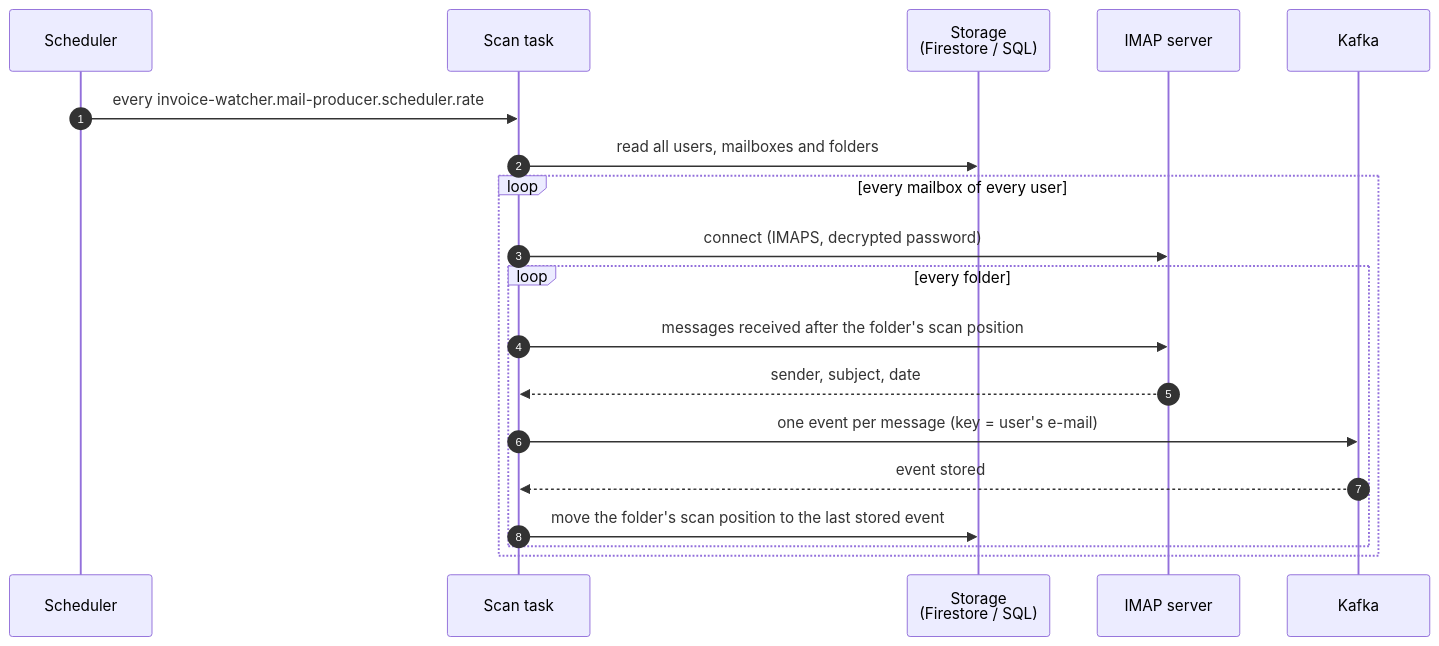
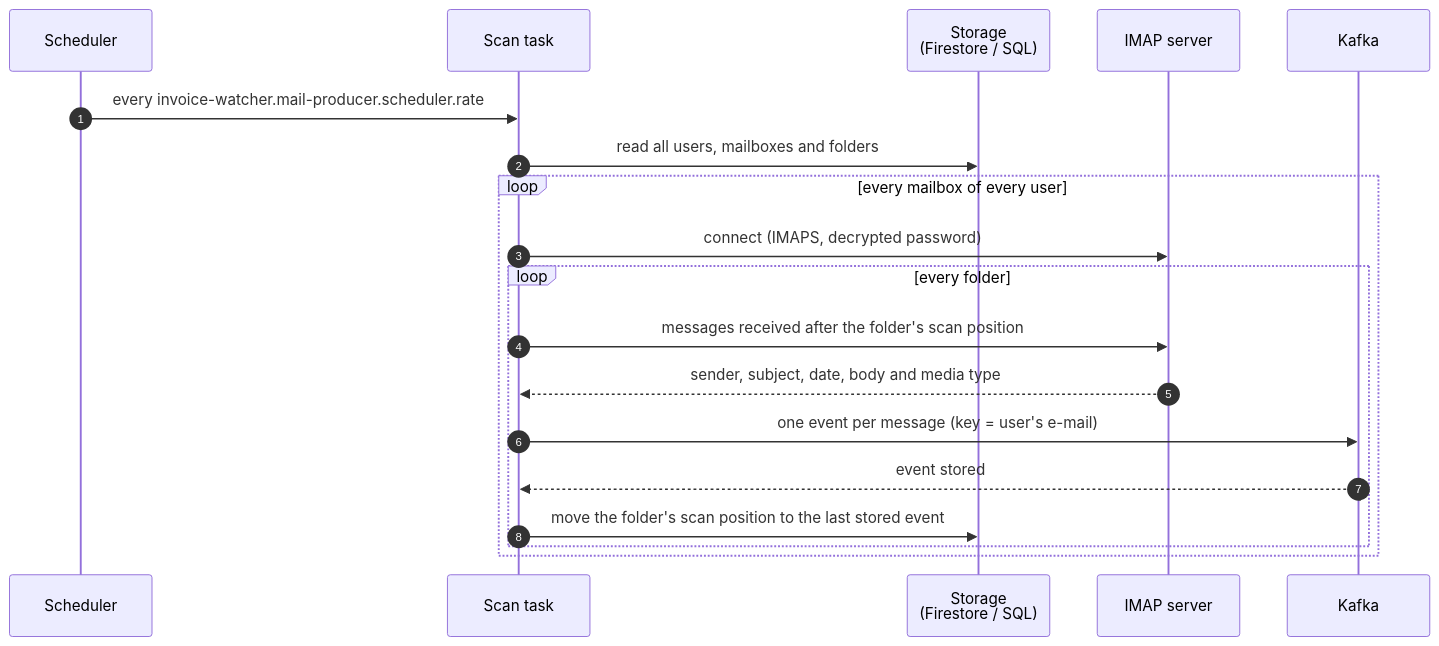
Before and after one commit to Guslarz/invoice-watcher: the first of 2 diagrams in docs/system/index.md, drawn with Mermaid. The commit also changed other lines of this file and 12 other files, not shown here.

````diff
--- a/docs/system/index.md
+++ b/docs/system/index.md
@@ -11,22 +11,22 @@
 ```mermaid
 sequenceDiagram
   autonumber
   participant S as Scheduler
   participant T as Scan task
   participant D as Storage<br/>(Firestore / SQL)
   participant M as IMAP server
   participant K as Kafka
 
   S->>T: every invoice-watcher.mail-producer.scheduler.rate
   T->>D: read all users, mailboxes and folders
   loop every mailbox of every user
     T->>M: connect (IMAPS, decrypted password)
     loop every folder
       T->>M: messages received after the folder's scan position
-      M-->>T: sender, subject, date
+      M-->>T: sender, subject, date, body and media type
       T->>K: one event per message (key = user's e-mail)
       K-->>T: event stored
       T->>D: move the folder's scan position to the last stored event
     end
   end
 ```
````
